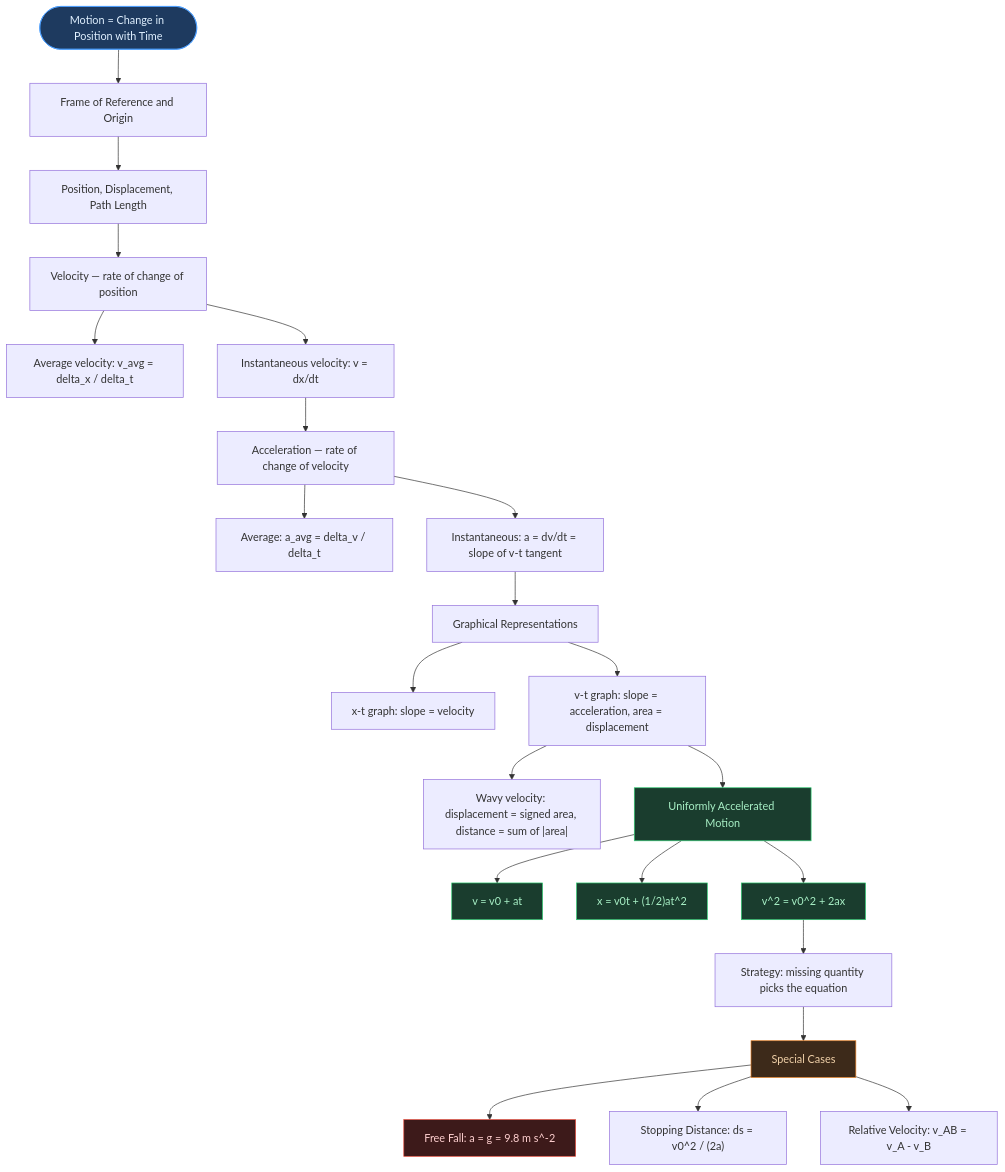
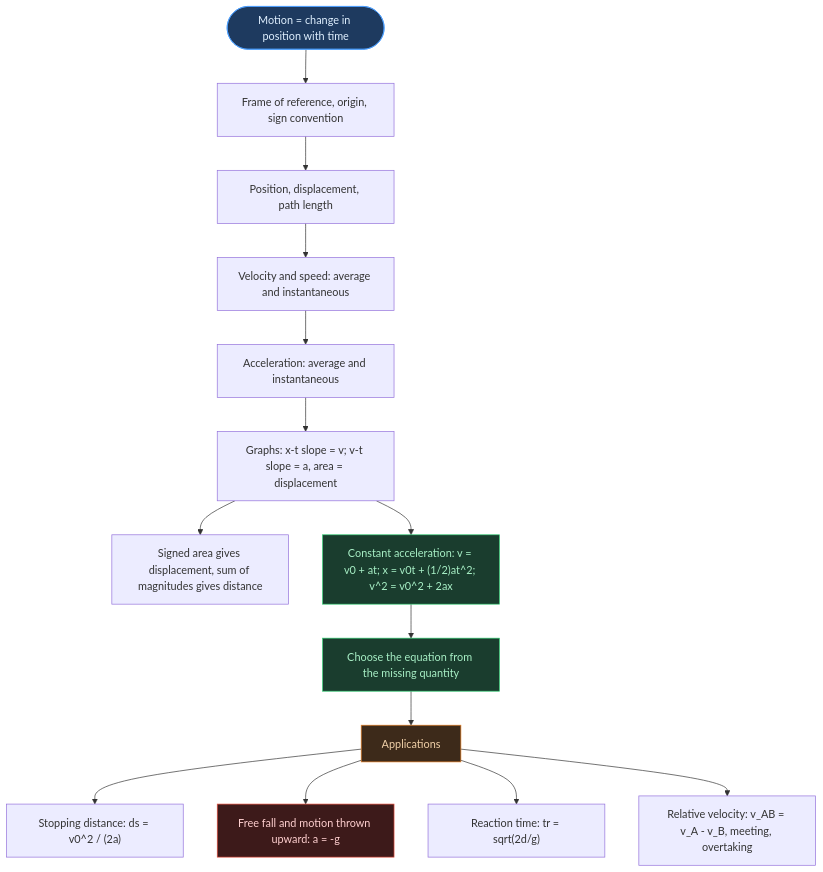
Before and after one commit to fsr-science/NCERT-Science: the first of 2 diagrams in AI-NOTES/PHYSICS/PHYSICS02-MOTION_IN_A_STRAIGHT_LINE/PHYSICS02-MOTION_IN_A_STRAIGHT_LINE-NOTES.md, drawn with Mermaid. The commit also changed other lines of this file and 1 other file, not shown here.

````diff
--- a/AI-NOTES/PHYSICS/PHYSICS02-MOTION_IN_A_STRAIGHT_LINE/PHYSICS02-MOTION_IN_A_STRAIGHT_LINE-NOTES.md
+++ b/AI-NOTES/PHYSICS/PHYSICS02-MOTION_IN_A_STRAIGHT_LINE/PHYSICS02-MOTION_IN_A_STRAIGHT_LINE-NOTES.md
@@ -8,33 +82,23 @@
 ```mermaid
 flowchart TD
-    A(["Motion = Change in Position with Time"])
-    A --> B["Frame of Reference and Origin"]
-    B --> C["Position, Displacement, Path Length"]
-    C --> D["Velocity — rate of change of position"]
-    D --> D2["Average velocity: v_avg = delta_x / delta_t"]
-    D --> D3["Instantaneous velocity: v = dx/dt"]
-    D3 --> E["Acceleration — rate of change of velocity"]
-    E --> E2["Average: a_avg = delta_v / delta_t"]
-    E --> E3["Instantaneous: a = dv/dt = slope of v-t tangent"]
-    E3 --> F["Graphical Representations"]
-    F --> F1["x-t graph: slope = velocity"]
-    F --> F2["v-t graph: slope = acceleration, area = displacement"]
-    F2 --> F2a["Wavy velocity: displacement = signed area, distance = sum of |area|"]
-    F2 --> G["Uniformly Accelerated Motion"]
-    G --> G1["v = v0 + at"]
-    G --> G2["x = v0t + (1/2)at^2"]
-    G --> G3["v^2 = v0^2 + 2ax"]
-    G3 --> G4["Strategy: missing quantity picks the equation"]
-    G4 --> H["Special Cases"]
-    H --> H1["Free Fall: a = g = 9.8 m s^-2"]
-    H --> H2["Stopping Distance: ds = v0^2 / (2a)"]
-    H --> H3["Relative Velocity: v_AB = v_A - v_B"]
+    A(["Motion = change in position with time"])
+    A --> B["Frame of reference, origin, sign convention"]
+    B --> C["Position, displacement, path length"]
+    C --> D["Velocity and speed: average and instantaneous"]
+    D --> E["Acceleration: average and instantaneous"]
+    E --> F["Graphs: x-t slope = v; v-t slope = a, area = displacement"]
+    F --> F2["Signed area gives displacement, sum of magnitudes gives distance"]
+    F --> G["Constant acceleration: v = v0 + at; x = v0t + (1/2)at^2; v^2 = v0^2 + 2ax"]
+    G --> G4["Choose the equation from the missing quantity"]
+    G4 --> H["Applications"]
+    H --> H1["Stopping distance: ds = v0^2 / (2a)"]
+    H --> H2["Free fall and motion thrown upward: a = -g"]
+    H --> H3["Reaction time: tr = sqrt(2d/g)"]
+    H --> H4["Relative velocity: v_AB = v_A - v_B, meeting, overtaking"]
 
     style A fill:#1e3a5f,color:#e0f0ff,stroke:#4a9eff
     style G fill:#1a3d2e,color:#a8f0c6,stroke:#2ecc71
-    style G1 fill:#1a3d2e,color:#a8f0c6,stroke:#2ecc71
-    style G2 fill:#1a3d2e,color:#a8f0c6,stroke:#2ecc71
-    style G3 fill:#1a3d2e,color:#a8f0c6,stroke:#2ecc71
+    style G4 fill:#1a3d2e,color:#a8f0c6,stroke:#2ecc71
     style H fill:#3d2a1a,color:#f0d0a8,stroke:#e67e22
-    style H1 fill:#3d1a1a,color:#ffd0d0,stroke:#e74c3c
+    style H2 fill:#3d1a1a,color:#ffd0d0,stroke:#e74c3c
 ```
````
